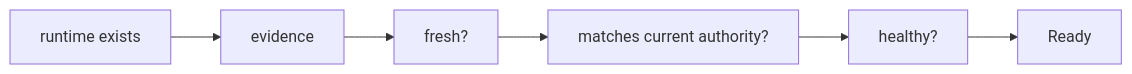
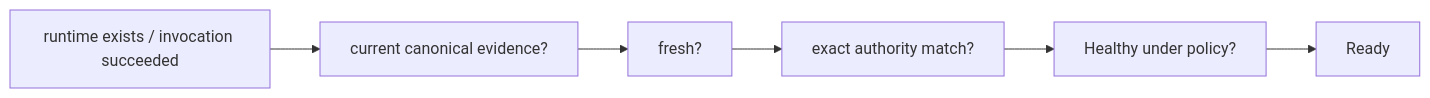
The fourth of 4 diagrams in docs/tutorials/runtime-realization.md (dnredson/datum-docs), drawn with Mermaid before and after one commit. The commit also changed other lines of this file, not shown here.

Commit message:
docs: rewrite runtime realization for DATUM v1

````diff
--- a/docs/tutorials/runtime-realization.md
+++ b/docs/tutorials/runtime-realization.md
@@ -206,8 +145,8 @@
 ```mermaid
 flowchart LR
-    RUN["runtime exists"] --> E["evidence"]
-    E --> F["fresh?"]
-    F --> C["matches current authority?"]
-    C --> H["healthy?"]
-    H --> R["Ready"]
+    RUN["runtime exists / invocation succeeded"] --> OBS["current canonical evidence?"]
+    OBS --> FRESH["fresh?"]
+    FRESH --> CORR["exact authority match?"]
+    CORR --> HEALTH["Healthy under policy?"]
+    HEALTH --> READY["Ready"]
 ```
````
